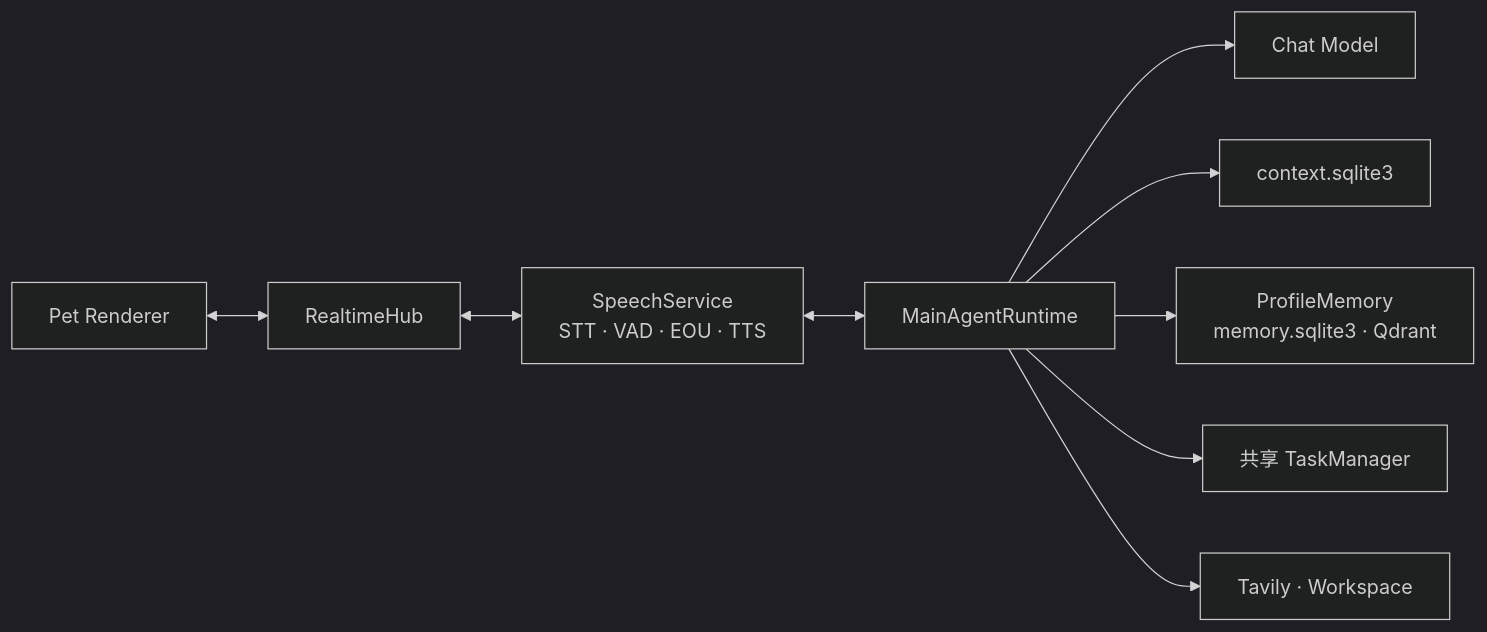
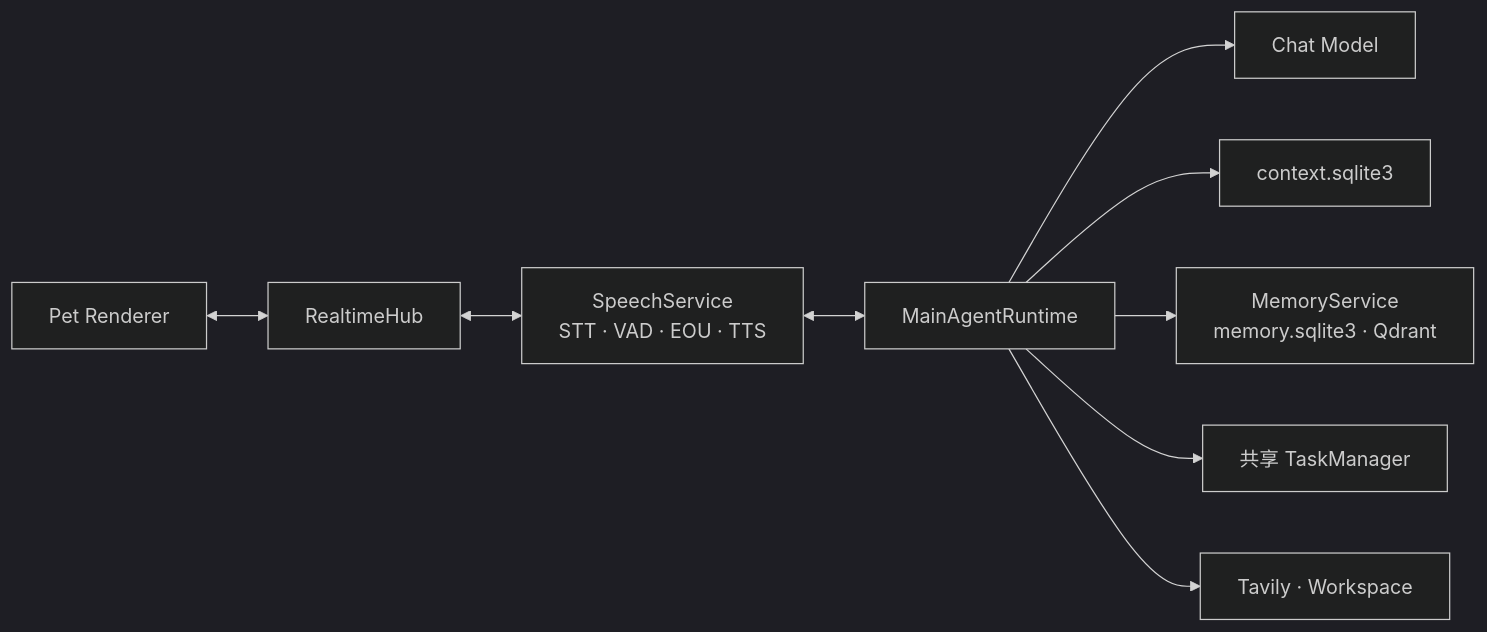
One commit to Xuan-0929/AuraBot changed the first of 6 diagrams in docs/modules/main-agent.md. Above: the diagram before and after it, drawn with Mermaid (dark theme). The commit also changed other lines of this file and 22 other files, not shown here.

```diff
--- a/docs/modules/main-agent.md
+++ b/docs/modules/main-agent.md
@@ -9,11 +9,11 @@
 ~~~mermaid
 flowchart LR
   PET["Pet Renderer"] <--> HUB["RealtimeHub"]
   HUB <--> SPEECH["SpeechService<br/>STT · VAD · EOU · TTS"]
   SPEECH <--> RT["MainAgentRuntime"]
   RT --> MODEL["Chat Model"]
   RT --> CTX["context.sqlite3"]
-  RT --> MEMORY["ProfileMemory<br/>memory.sqlite3 · Qdrant"]
+  RT --> MEMORY["MemoryService<br/>memory.sqlite3 · Qdrant"]
   RT --> TASK["共享 TaskManager"]
   RT --> TOOLS["Tavily · Workspace"]
 ~~~
```
